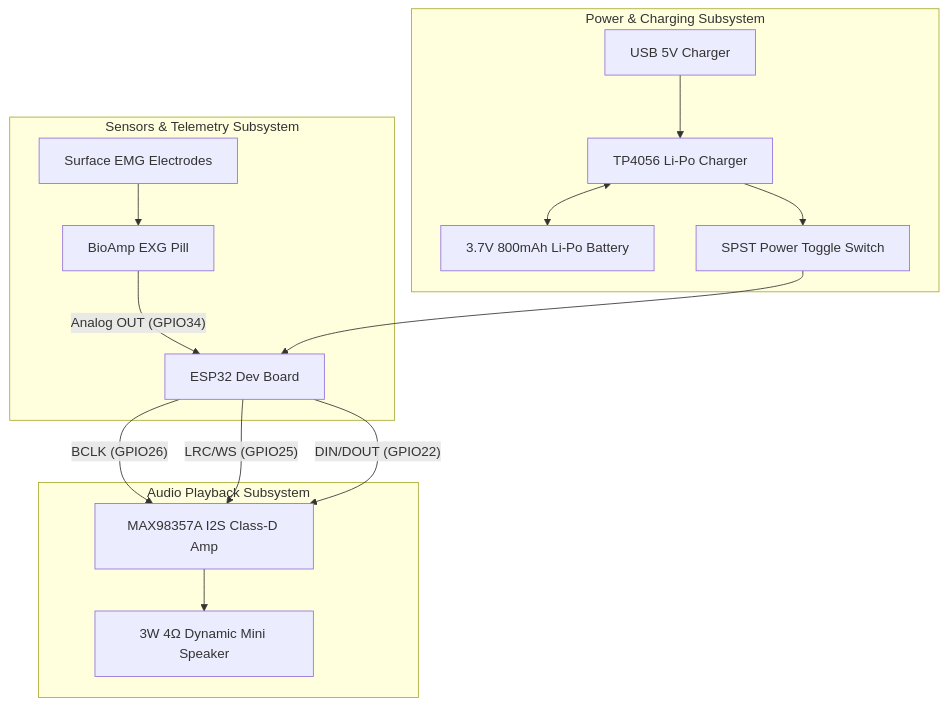
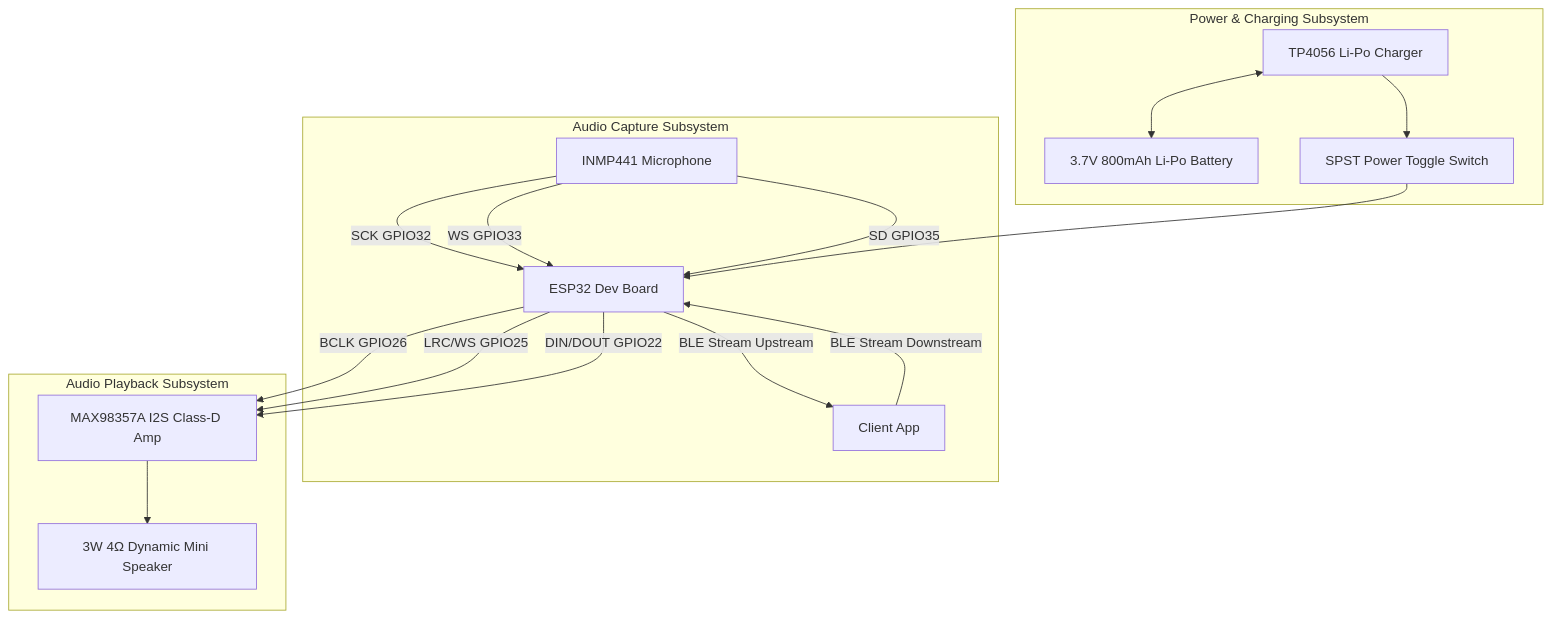
One commit to srividya1004/voiceback changed the first of 2 diagrams in PROJECT_CONTEXT.md. Above: the diagram before and after it, drawn with Mermaid. The commit also changed other lines of this file and 12 other files, not shown here.

````diff
--- a/PROJECT_CONTEXT.md
+++ b/PROJECT_CONTEXT.md
@@ -28,21 +27,23 @@
 ```mermaid
 graph TD
-    subgraph Sensors & Telemetry Subsystem
-        H1[Surface EMG Electrodes] --> H2[BioAmp EXG Pill]
-        H2 -- Analog OUT (GPIO34) --> ESP32[ESP32 Dev Board]
+    subgraph Audio Capture Subsystem
+        MIC[INMP441 Microphone] -- SCK GPIO32 --> ESP32[ESP32 Dev Board]
+        MIC -- WS GPIO33 --> ESP32
+        MIC -- SD GPIO35 --> ESP32
+        ESP32 -- BLE Stream Upstream --> PWA[Client App]
     end
 
     subgraph Audio Playback Subsystem
-        ESP32 -- BCLK (GPIO26) --> H3[MAX98357A I2S Class-D Amp]
-        ESP32 -- LRC/WS (GPIO25) --> H3
-        ESP32 -- DIN/DOUT (GPIO22) --> H3
-        H3 --> H4[3W 4Ω Dynamic Mini Speaker]
+        PWA -- BLE Stream Downstream --> ESP32
+        ESP32 -- BCLK GPIO26 --> AMP[MAX98357A I2S Class-D Amp]
+        ESP32 -- LRC/WS GPIO25 --> AMP
+        ESP32 -- DIN/DOUT GPIO22 --> AMP
+        AMP --> SPK[3W 4Ω Dynamic Mini Speaker]
     end
 
     subgraph Power & Charging Subsystem
-        H5[USB 5V Charger] --> H6[TP4056 Li-Po Charger]
-        H6 <--> H7[3.7V 800mAh Li-Po Battery]
-        H6 --> H8[SPST Power Toggle Switch]
-        H8 --> ESP32
+        CHG[TP4056 Li-Po Charger] <--> BAT[3.7V 800mAh Li-Po Battery]
+        CHG --> SW[SPST Power Toggle Switch]
+        SW --> ESP32
     end
 ```
````
